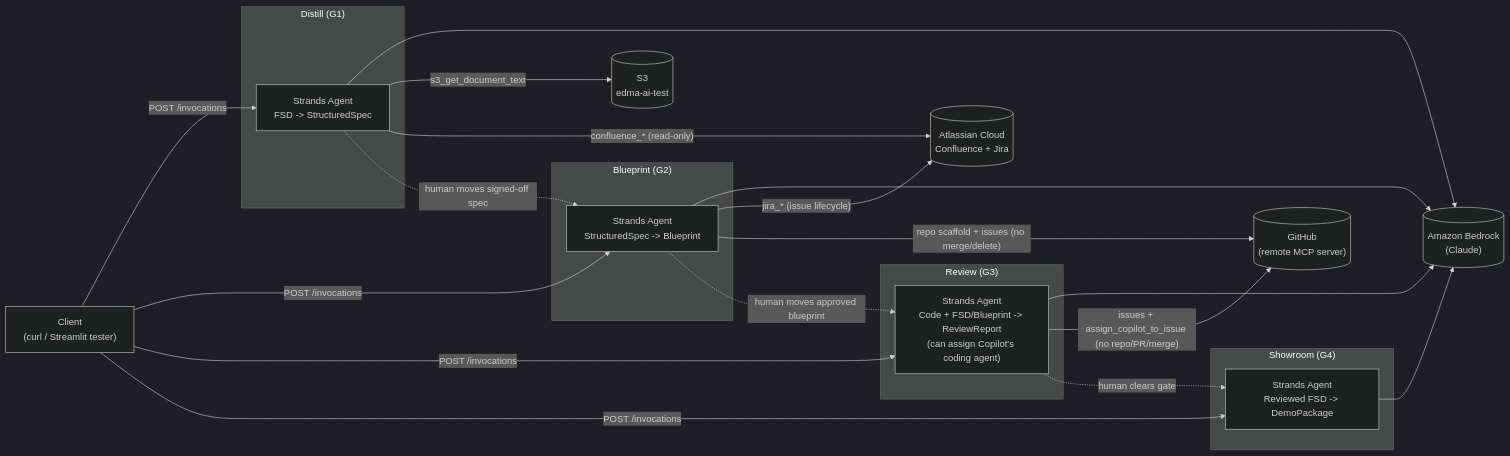
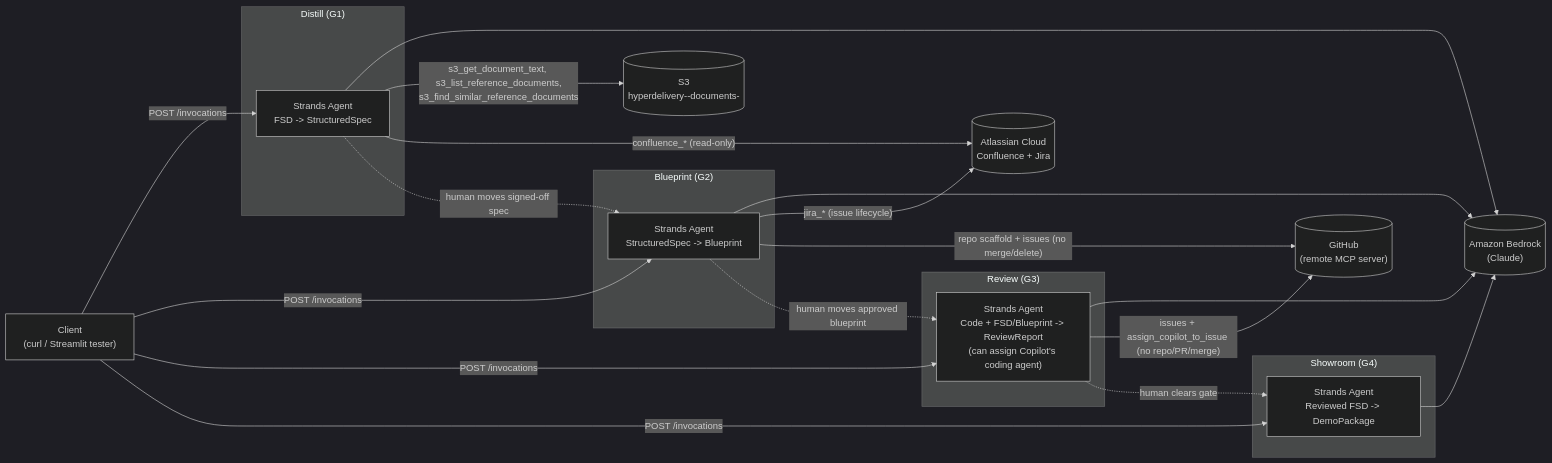
Before and after one commit to eitanflor/ua-hyperdelivery: the first of 3 diagrams in docs/architecture.md, drawn with Mermaid (dark theme). The commit also changed other lines of this file and 44 other files, not shown here.

````diff
--- a/docs/architecture.md
+++ b/docs/architecture.md
@@ -11,42 +11,42 @@
 ```mermaid
 flowchart LR
     client["Client\n(curl / Streamlit tester)"]
 
     subgraph G1["Distill (G1)"]
         distill["Strands Agent\nFSD -> StructuredSpec"]
     end
     subgraph G2["Blueprint (G2)"]
         blueprint["Strands Agent\nStructuredSpec -> Blueprint"]
     end
     subgraph G3["Review (G3)"]
         review["Strands Agent\nCode + FSD/Blueprint -> ReviewReport\n(can assign Copilot's coding agent)"]
     end
     subgraph G4["Showroom (G4)"]
         showroom["Strands Agent\nReviewed FSD -> DemoPackage"]
     end
 
     bedrock[("Amazon Bedrock\n(Claude)")]
-    s3[("S3\nedma-ai-test")]
+    s3[("S3\nhyperdelivery-<env>-documents-<account>")]
     atlassian[("Atlassian Cloud\nConfluence + Jira")]
     github[("GitHub\n(remote MCP server)")]
 
     client -->|"POST /invocations"| distill
     client -->|"POST /invocations"| blueprint
     client -->|"POST /invocations"| review
     client -->|"POST /invocations"| showroom
 
     distill --> bedrock
     blueprint --> bedrock
     review --> bedrock
     showroom --> bedrock
 
-    distill -->|"s3_get_document_text"| s3
+    distill -->|"s3_get_document_text, s3_list_reference_documents,\ns3_find_similar_reference_documents"| s3
     distill -->|"confluence_* (read-only)"| atlassian
     blueprint -->|"jira_* (issue lifecycle)"| atlassian
     blueprint -->|"repo scaffold + issues (no merge/delete)"| github
     review -->|"issues + assign_copilot_to_issue (no repo/PR/merge)"| github
 
     distill -.->|"human moves signed-off spec"| blueprint
     blueprint -.->|"human moves approved blueprint"| review
     review -.->|"human clears gate"| showroom
 ```
````
